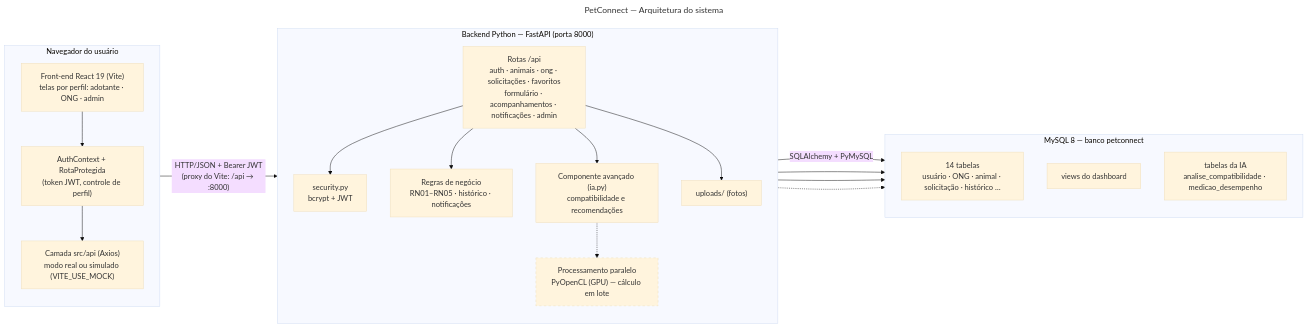
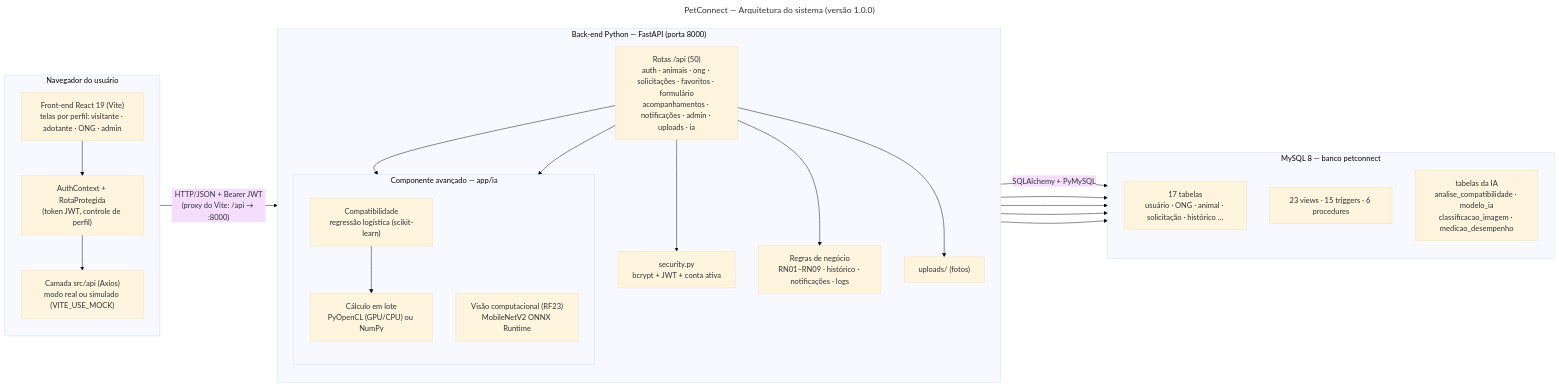
Before and after one commit to Kawan-marcus/PetConnect: the diagram in docs/diagramas/arquitetura.mmd, drawn with Mermaid (base theme). The commit also changed 123 other files, not shown here.

```diff
--- a/docs/diagramas/arquitetura.mmd
+++ b/docs/diagramas/arquitetura.mmd
@@ -1,42 +1,45 @@
 ---
-title: PetConnect — Arquitetura do sistema
+title: PetConnect — Arquitetura do sistema (versão 1.0.0)
 ---
 flowchart LR
     subgraph CLIENTE["Navegador do usuário"]
         direction TB
-        UI["Front-end React 19 (Vite)<br/>telas por perfil: adotante · ONG · admin"]
+        UI["Front-end React 19 (Vite)<br/>telas por perfil: visitante · adotante · ONG · admin"]
         CTX["AuthContext + RotaProtegida<br/>(token JWT, controle de perfil)"]
         APIJS["Camada src/api (Axios)<br/>modo real ou simulado (VITE_USE_MOCK)"]
         UI --> CTX --> APIJS
     end
 
-    subgraph SERVIDOR["Backend Python — FastAPI (porta 8000)"]
+    subgraph SERVIDOR["Back-end Python — FastAPI (porta 8000)"]
         direction TB
-        ROTAS["Rotas /api<br/>auth · animais · ong · solicitações · favoritos<br/>formulário · acompanhamentos · notificações · admin"]
-        SEG["security.py<br/>bcrypt + JWT"]
-        RN["Regras de negócio<br/>RN01–RN05 · histórico · notificações"]
-        IA["Componente avançado (ia.py)<br/>compatibilidade e recomendações"]
-        OCL["Processamento paralelo<br/>PyOpenCL (GPU) — cálculo em lote"]
+        ROTAS["Rotas /api (50)<br/>auth · animais · ong · solicitações · favoritos · formulário<br/>acompanhamentos · notificações · admin · uploads · ia"]
+        SEG["security.py<br/>bcrypt + JWT + conta ativa"]
+        RN["Regras de negócio<br/>RN01–RN09 · histórico · notificações · logs"]
+        subgraph IAMOD["Componente avançado — app/ia"]
+            direction TB
+            COMP["Compatibilidade<br/>regressão logística (scikit-learn)"]
+            OCL["Cálculo em lote<br/>PyOpenCL (GPU/CPU) ou NumPy"]
+            VIS["Visão computacional (RF23)<br/>MobileNetV2 ONNX Runtime"]
+            COMP --> OCL
+        end
         UPL["uploads/ (fotos)"]
         ROTAS --> SEG
         ROTAS --> RN
-        ROTAS --> IA
-        IA -.-> OCL
+        ROTAS --> COMP
+        ROTAS --> VIS
         ROTAS --> UPL
     end
 
     subgraph DADOS["MySQL 8 — banco petconnect"]
         direction TB
-        TAB["14 tabelas<br/>usuário · ONG · animal · solicitação · histórico …"]
-        VIEW["views do dashboard"]
-        IATAB["tabelas da IA<br/>analise_compatibilidade · medicao_desempenho"]
+        TAB["17 tabelas<br/>usuário · ONG · animal · solicitação · histórico …"]
+        VIEW["23 views · 15 triggers · 6 procedures"]
+        IATAB["tabelas da IA<br/>analise_compatibilidade · modelo_ia<br/>classificacao_imagem · medicao_desempenho"]
     end
 
     APIJS -- "HTTP/JSON + Bearer JWT<br/>(proxy do Vite: /api → :8000)" --> ROTAS
     RN -- "SQLAlchemy + PyMySQL" --> TAB
     ROTAS --> VIEW
-    IA --> IATAB
-    OCL -.-> IATAB
-
-    classDef planejado stroke-dasharray: 5 5
-    class OCL planejado
+    COMP --> IATAB
+    VIS --> IATAB
+    OCL --> IATAB
```
